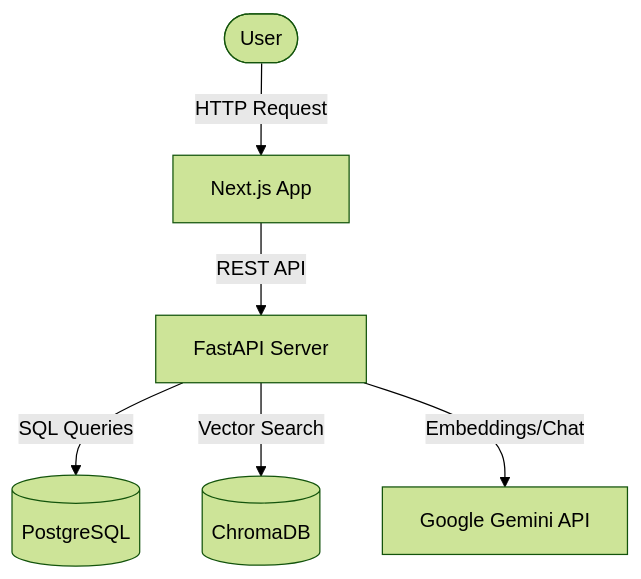
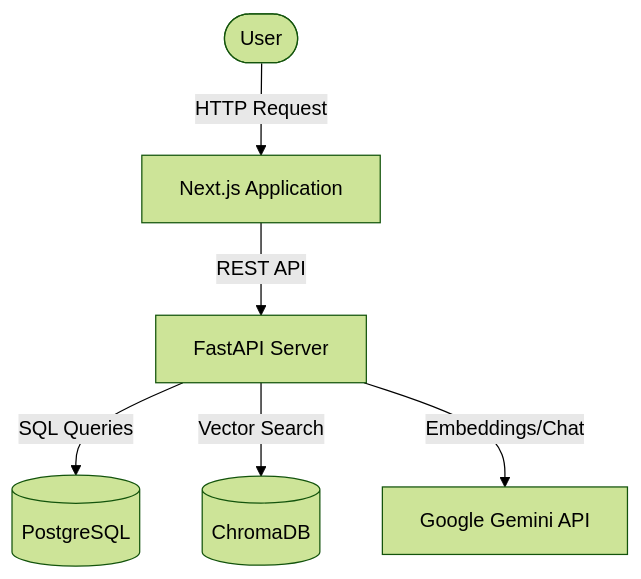
The diagram in README.md (Gaurav711cgu/Codesage), drawn with Mermaid (forest theme) before and after one commit. The commit also changed other lines of this file, not shown here.

````diff
--- a/README.md
+++ b/README.md
@@ -67,8 +67,8 @@
 ```mermaid
 graph TD
-    User([User]) --> |HTTP Request| Frontend[Next.js App]
+    User([User]) --> |HTTP Request| Frontend[Next.js Application]
     Frontend --> |REST API| Backend[FastAPI Server]
     Backend --> |SQL Queries| DB[(PostgreSQL)]
     Backend --> |Vector Search| Chroma[(ChromaDB)]
     Backend --> |Embeddings/Chat| Gemini[Google Gemini API]
 ```
````
